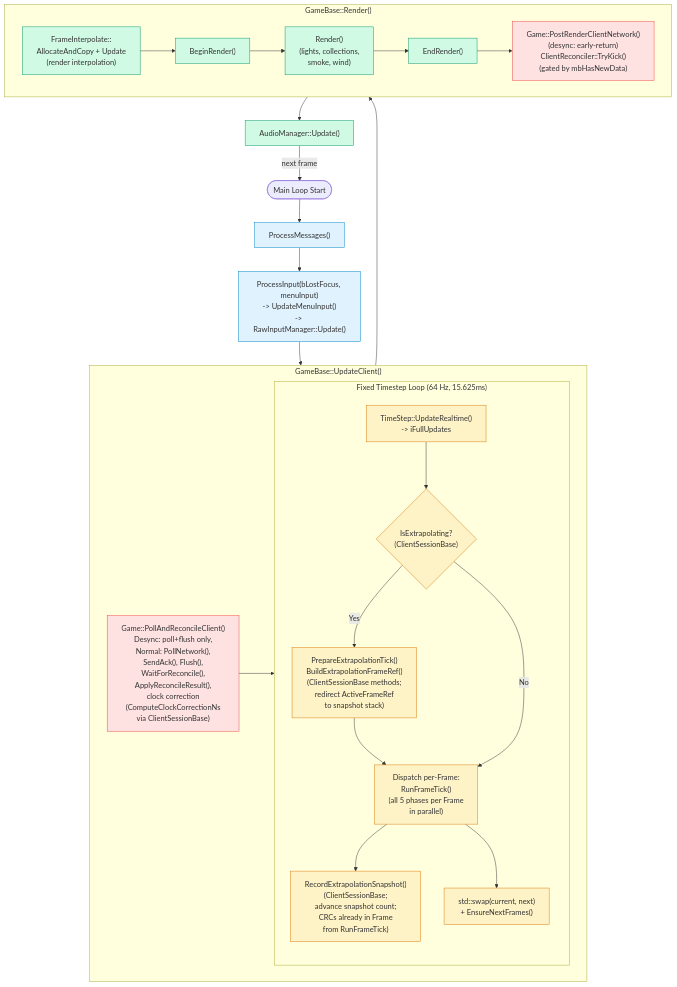
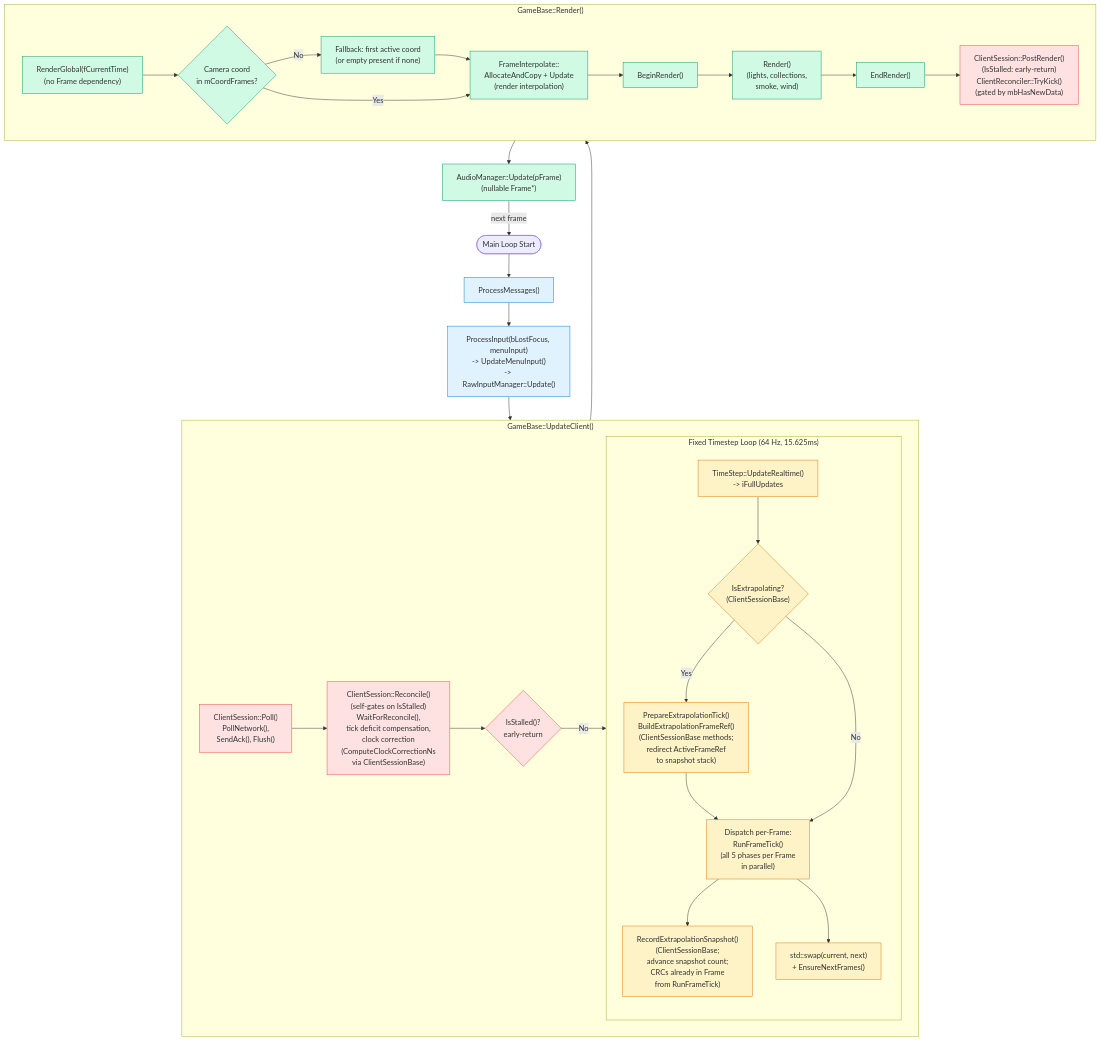
The second of 5 diagrams in Documents/Architecture/FrameUpdatePipeline.md (DougTanner/BrokenEnginePublic), drawn with Mermaid before and after one commit. The commit also changed other lines of this file and 118 other files, not shown here.

````diff
--- a/Documents/Architecture/FrameUpdatePipeline.md
+++ b/Documents/Architecture/FrameUpdatePipeline.md
@@ -55,49 +55,59 @@
 ```mermaid
 %%{init: {'theme': 'default'}}%%
 flowchart TD
     classDef input fill:#e0f2fe,stroke:#0284c7
     classDef physics fill:#fef3c7,stroke:#d97706
     classDef network fill:#fee2e2,stroke:#ef4444
     classDef render fill:#d1fae5,stroke:#059669
 
     start(["Main Loop Start"])
 
     msgs["ProcessMessages()"]:::input
 
     preupdate["ProcessInput(bLostFocus, menuInput)<br/>-> UpdateMenuInput()<br/>-> RawInputManager::Update()"]:::input
 
     subgraph tick_frames ["GameBase::UpdateClient()"]
-        poll_reconcile["Game::PollAndReconcileClient()<br/>Desync: poll+flush only,<br/>Normal: PollNetwork(),<br/>SendAck(), Flush(),<br/>WaitForReconcile(),<br/>ApplyReconcileResult(),<br/>clock correction<br/>(ComputeClockCorrectionNs<br/>via ClientSessionBase)"]:::network
+        poll["ClientSession::Poll()<br/>PollNetwork(),<br/>SendAck(), Flush()"]:::network
+        reconcile["ClientSession::Reconcile()<br/>(self-gates on IsStalled)<br/>WaitForReconcile(),<br/>tick deficit compensation,<br/>clock correction<br/>(ComputeClockCorrectionNs<br/>via ClientSessionBase)"]:::network
+        stall_check{"IsStalled()?<br/>early-return"}:::network
+        poll --> reconcile
+        reconcile --> stall_check
 
         subgraph physics_loop ["Fixed Timestep Loop (64 Hz, 15.625ms)"]
             ts["TimeStep::UpdateRealtime()<br/>-> iFullUpdates"]:::physics
             extrap_check{"IsExtrapolating?<br/>(ClientSessionBase)"}:::physics
             extrap_prep["PrepareExtrapolationTick()<br/>BuildExtrapolationFrameRef()<br/>(ClientSessionBase methods;<br/>redirect ActiveFrameRef<br/>to snapshot stack)"]:::physics
             dispatch["Dispatch per-Frame:<br/>RunFrameTick()<br/>(all 5 phases per Frame<br/>in parallel)"]:::physics
             extrap_record["RecordExtrapolationSnapshot()<br/>(ClientSessionBase;<br/>advance snapshot count;<br/>CRCs already in Frame<br/>from RunFrameTick)"]:::physics
             frame_swap["std::swap(current, next)<br/>+ EnsureNextFrames()"]:::physics
             ts --> extrap_check
             extrap_check -->|"Yes"| extrap_prep --> dispatch --> extrap_record
             extrap_check -->|"No"| dispatch --> frame_swap
         end
 
-        poll_reconcile --> physics_loop
+        stall_check -->|No| physics_loop
     end
 
     subgraph render_method ["GameBase::Render()"]
+        r_global["RenderGlobal(fCurrentTime)<br/>(no Frame dependency)"]:::render
+        r_cam_check{"Camera coord<br/>in mCoordFrames?"}:::render
+        r_fallback["Fallback: first active coord<br/>(or empty present if none)"]:::render
         r_interp["FrameInterpolate::<br/>AllocateAndCopy + Update<br/>(render interpolation)"]:::render
         r_begin["BeginRender()"]:::render
         r_main["Render()<br/>(lights, collections,<br/>smoke, wind)"]:::render
         r_end["EndRender()"]:::render
 
-        post_render["Game::PostRenderClientNetwork()<br/>(desync: early-return)<br/>ClientReconciler::TryKick()<br/>(gated by mbHasNewData)"]:::network
+        post_render["ClientSession::PostRender()<br/>(IsStalled: early-return)<br/>ClientReconciler::TryKick()<br/>(gated by mbHasNewData)"]:::network
 
+        r_global --> r_cam_check
+        r_cam_check -->|"No"| r_fallback --> r_interp
+        r_cam_check -->|"Yes"| r_interp
         r_interp --> r_begin --> r_main --> r_end --> post_render
     end
 
-    audio["AudioManager::Update()"]:::render
+    audio["AudioManager::Update(pFrame)<br/>(nullable Frame*)"]:::render
 
     start --> msgs --> preupdate --> tick_frames
     tick_frames --> render_method --> audio
     audio -->|next frame| start
 ```
````
